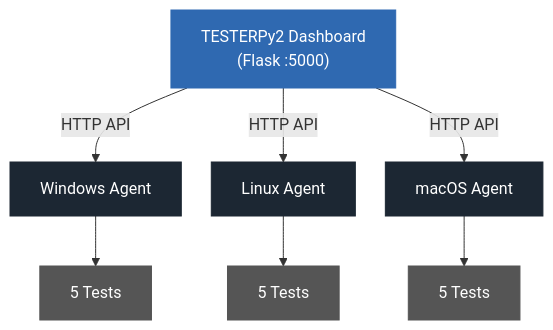
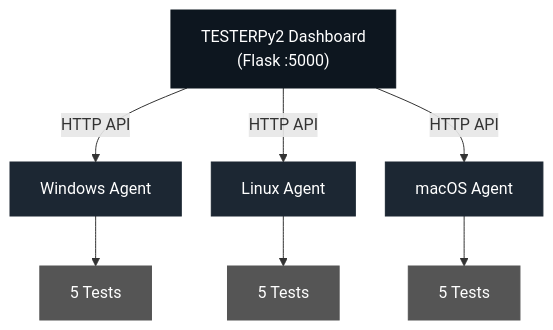
One commit to BreachSimRange/TesterPy2 changed the diagram in README.md. Above: the diagram before and after it, drawn with Mermaid.

````diff
--- a/README.md
+++ b/README.md
@@ -37,31 +37,31 @@
 ```mermaid
 %%{init: {"flowchart": {"nodeSpacing": 30, "rankSpacing": 50}}}%%
 
 graph TD
 
     Dashboard["TESTERPy2 Dashboard<br/>(Flask :5000)"]
 
     Win["Windows Agent"]
     Linux["Linux Agent"]
     Mac["macOS Agent"]
 
     WTests["5 Tests"]
     LTests["5 Tests"]
     MTests["5 Tests"]
 
     Dashboard -->|HTTP API| Win
     Dashboard -->|HTTP API| Linux
     Dashboard -->|HTTP API| Mac
 
     Win --> WTests
     Linux --> LTests
     Mac --> MTests
 
-    classDef dashboard fill:#2f69b1,color:white,stroke:#2f69b1;
+    classDef dashboard fill:#0d161f,color:white,stroke:#0d161f;
     classDef agent fill:#1c2733,color:white,stroke:#1c2733;
     classDef tests fill:#555,color:white,stroke:#555;
 
     class Dashboard dashboard;
     class Win,Linux,Mac agent;
     class WTests,LTests,MTests tests;
 ```
````
